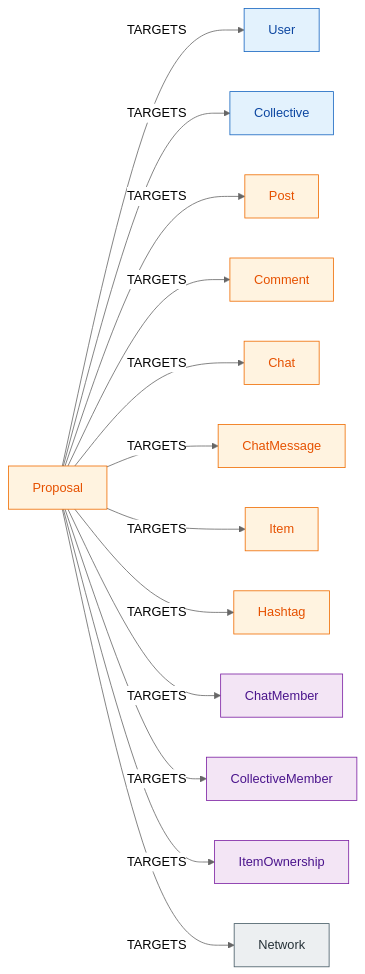
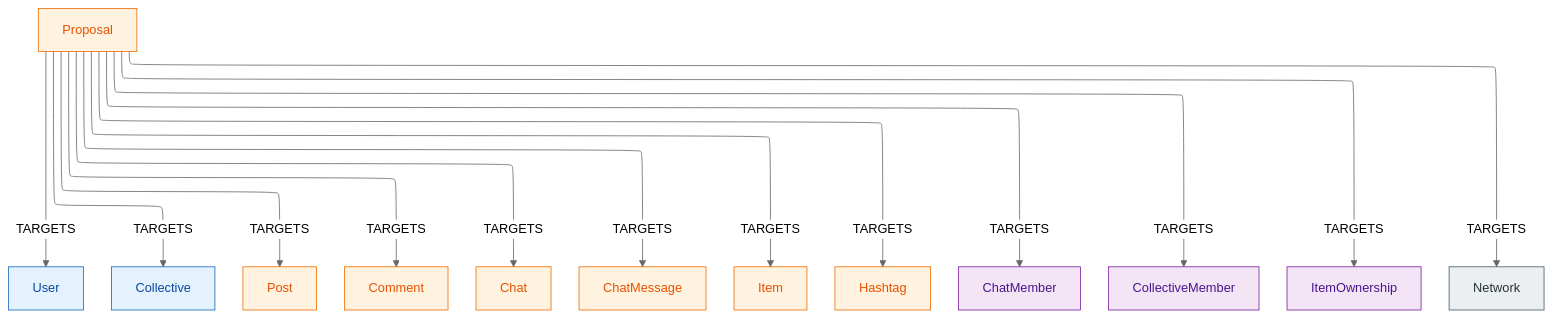
Before and after one commit to helping-kaiser/cogra: the fourth of 6 diagrams in docs/primitive/structural-edge-map.md, drawn with Mermaid (neutral theme). The commit also changed other lines of this file, not shown here.

First line of the commit message:
docs: render structural-edge-map diagrams with elk

````diff
--- a/docs/primitive/structural-edge-map.md
+++ b/docs/primitive/structural-edge-map.md
@@ -198,35 +201,36 @@
 ```mermaid
-flowchart LR
+%%{init: {"flowchart": {"defaultRenderer": "elk"}} }%%
+flowchart TD
     Proposal[Proposal]:::content
 
     User[User]:::actor
     Collective[Collective]:::actor
     Post[Post]:::content
     Comment[Comment]:::content
     Chat[Chat]:::content
     ChatMessage[ChatMessage]:::content
     Item[Item]:::content
     Hashtag[Hashtag]:::content
     ChatMember[ChatMember]:::junction
     CollectiveMember[CollectiveMember]:::junction
     ItemOwnership[ItemOwnership]:::junction
     Network[Network]:::system
 
     Proposal -->|TARGETS| User
     Proposal -->|TARGETS| Collective
     Proposal -->|TARGETS| Post
     Proposal -->|TARGETS| Comment
     Proposal -->|TARGETS| Chat
     Proposal -->|TARGETS| ChatMessage
     Proposal -->|TARGETS| Item
     Proposal -->|TARGETS| Hashtag
     Proposal -->|TARGETS| ChatMember
     Proposal -->|TARGETS| CollectiveMember
     Proposal -->|TARGETS| ItemOwnership
     Proposal -->|TARGETS| Network
 
     classDef actor    fill:#e3f2fd,stroke:#1565c0,color:#0d47a1;
     classDef content  fill:#fff3e0,stroke:#ef6c00,color:#e65100;
     classDef junction fill:#f3e5f5,stroke:#7b1fa2,color:#4a148c;
     classDef system   fill:#eceff1,stroke:#455a64,color:#263238;
 ```
````
